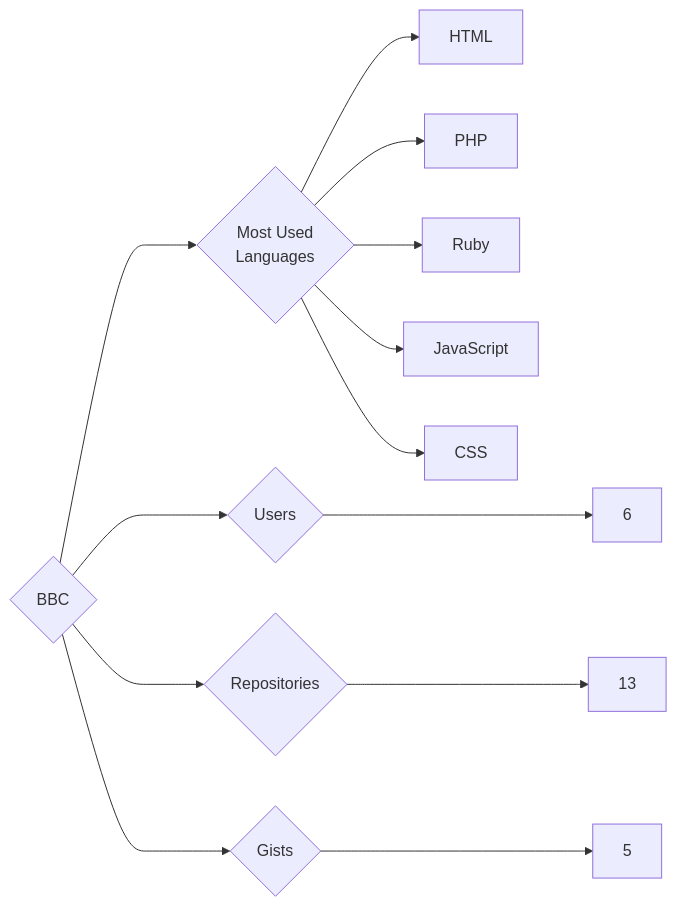
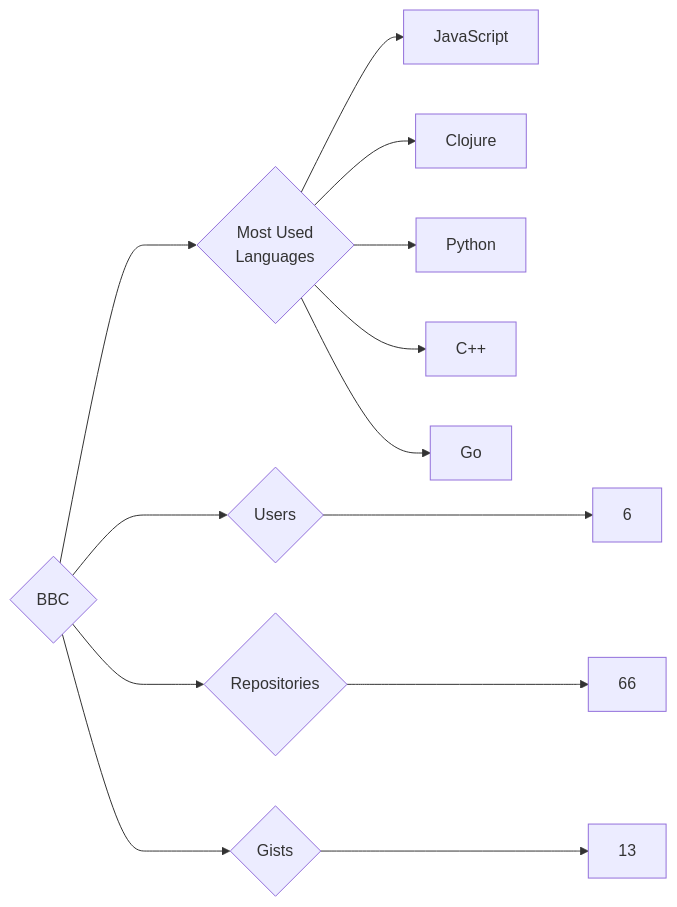
One commit to trickest/insiders changed the diagram in targets/BBC/README.md. Above: the diagram before and after it, drawn with Mermaid. The commit also changed 988 other files, not shown here.

````diff
--- a/targets/BBC/README.md
+++ b/targets/BBC/README.md
@@ -3,13 +3,13 @@
 ```mermaid
 graph LR
 COMPANY_NAME{BBC}
 COMPANY_NAME ---> U{Users} ---> UN[6]
-COMPANY_NAME ---> R{Repositories} ---> RN[13]
-COMPANY_NAME ---> G{Gists} ---> GN[5]
+COMPANY_NAME ---> R{Repositories} ---> RN[66]
+COMPANY_NAME ---> G{Gists} ---> GN[13]
 COMPANY_NAME ---> ML{Most Used<br>Languages}
-ML --> HTML[HTML]
-ML --> PHP[PHP]
-ML --> Ruby[Ruby]
 ML --> JavaScript[JavaScript]
-ML --> CSS[CSS]
+ML --> Clojure[Clojure]
+ML --> Python[Python]
+ML --> C++[C++]
+ML --> Go[Go]
 ```
````
